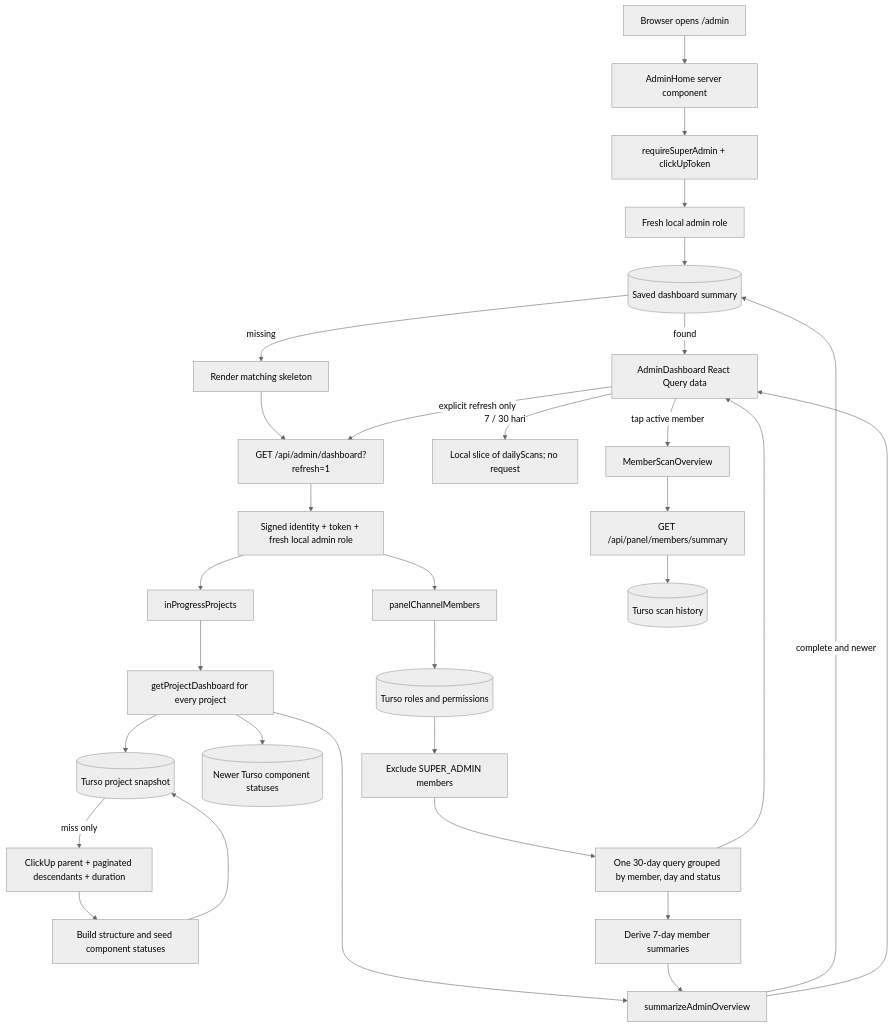
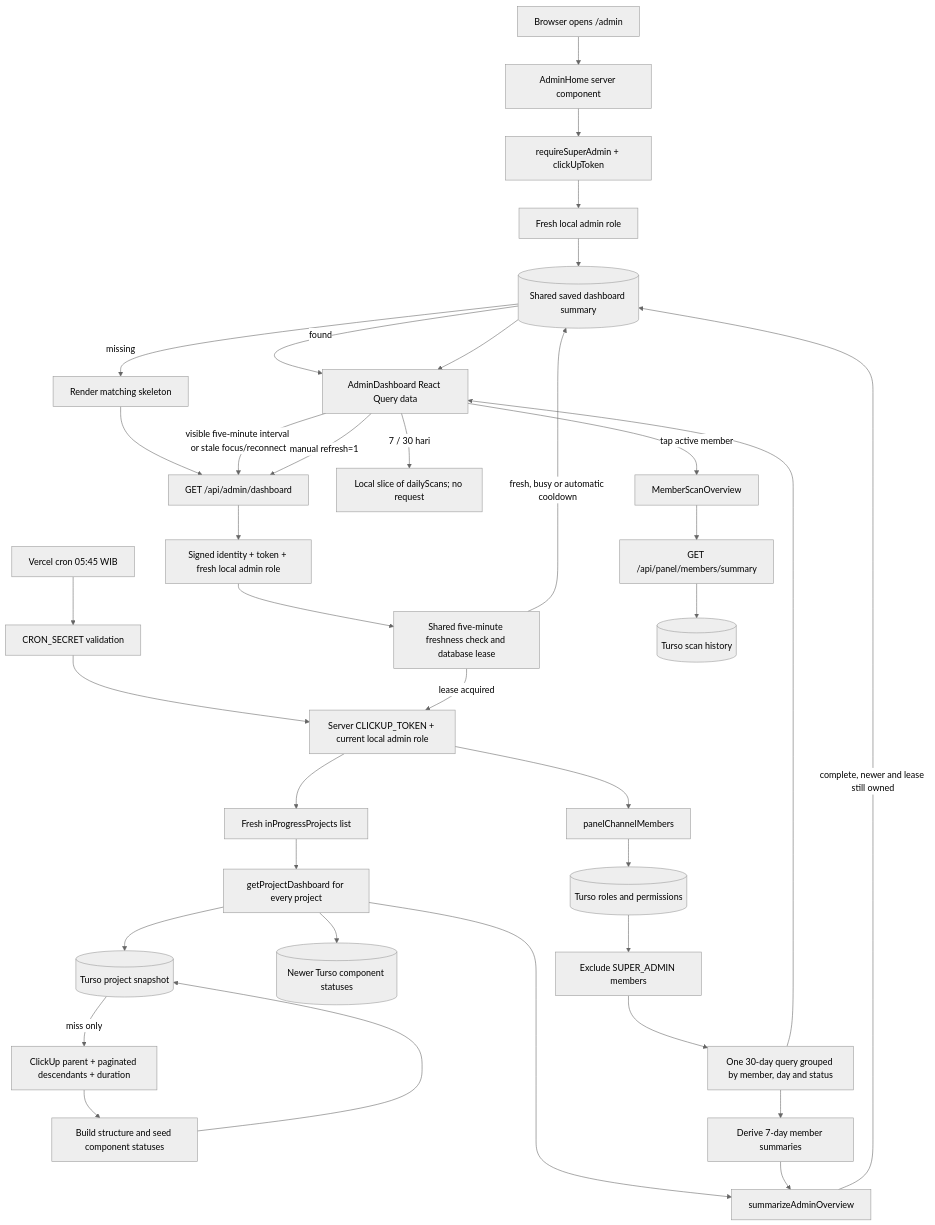
One commit to ITISEINKO/ayune-scanner changed the diagram in context/ADMIN_DASHBOARD_DATA_FLOW.md. Above: the diagram before and after it, drawn with Mermaid (neutral theme). The commit also changed other lines of this file and 19 other files, not shown here.

Commit message:
WEB-554_feat: shared data across admin and updated data in background

````diff
--- a/context/ADMIN_DASHBOARD_DATA_FLOW.md
+++ b/context/ADMIN_DASHBOARD_DATA_FLOW.md
@@ -19,33 +19,39 @@
 ```mermaid
 flowchart TD
     Browser[Browser opens /admin] --> Home[AdminHome server component]
     Home --> Auth[requireSuperAdmin + clickUpToken]
     Auth --> LocalRole[Fresh local admin role]
-    LocalRole --> Last[(Saved dashboard summary)]
+    LocalRole --> Last[(Shared saved dashboard summary)]
     Last -->|found| UI
     Last -->|missing| Shell[Render matching skeleton]
-    Shell --> Endpoint[GET /api/admin/dashboard?refresh=1]
-    UI -->|explicit refresh only| Endpoint
+    Shell --> Endpoint[GET /api/admin/dashboard]
+    UI -->|visible five-minute interval or stale focus/reconnect| Endpoint
+    UI -->|manual refresh=1| Endpoint
     Endpoint --> Guard[Signed identity + token + fresh local admin role]
-    Guard --> Projects[inProgressProjects]
-    Guard --> Roster[panelChannelMembers]
+    Cron[Vercel cron 05:45 WIB] --> Secret[CRON_SECRET validation]
+    Secret --> Service[Server CLICKUP_TOKEN + current local admin role]
+    Guard --> Fresh[Shared five-minute freshness check and database lease]
+    Fresh -->|fresh, busy or automatic cooldown| Last
+    Fresh -->|lease acquired| Service
+    Service --> Projects[Fresh inProgressProjects list]
+    Service --> Roster[panelChannelMembers]
     Projects --> Dashboards[getProjectDashboard for every project]
     Dashboards --> Snapshot[(Turso project snapshot)]
     Snapshot -->|miss only| ClickUp[ClickUp parent + paginated descendants + duration]
     ClickUp --> Seed[Build structure and seed component statuses]
     Seed --> Snapshot
     Dashboards --> Overlay[(Newer Turso component statuses)]
     Roster --> Access[(Turso roles and permissions)]
     Access --> Members[Exclude SUPER_ADMIN members]
     Members --> Daily[One 30-day query grouped by member, day and status]
     Daily --> Summaries[Derive 7-day member summaries]
     Dashboards --> Totals[summarizeAdminOverview]
     Summaries --> Totals
-    Totals -->|complete and newer| Last
-    Totals --> UI[AdminDashboard React Query data]
+    Totals -->|complete, newer and lease still owned| Last
+    Last --> UI[AdminDashboard React Query data]
     Daily --> UI
     UI -->|7 / 30 hari| Slice[Local slice of dailyScans; no request]
     UI -->|tap active member| Drawer[MemberScanOverview]
     Drawer --> API[GET /api/panel/members/summary]
     API --> History[(Turso scan history)]
 ```
````
